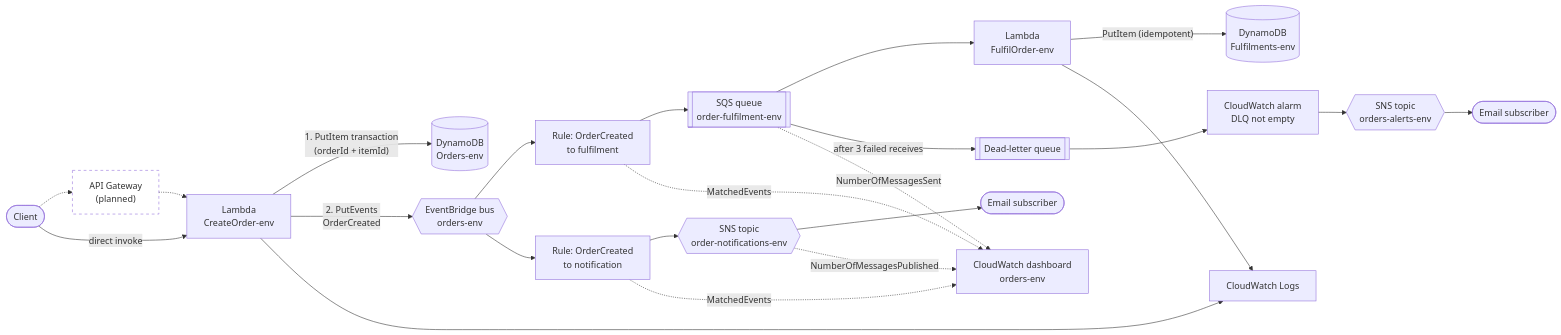
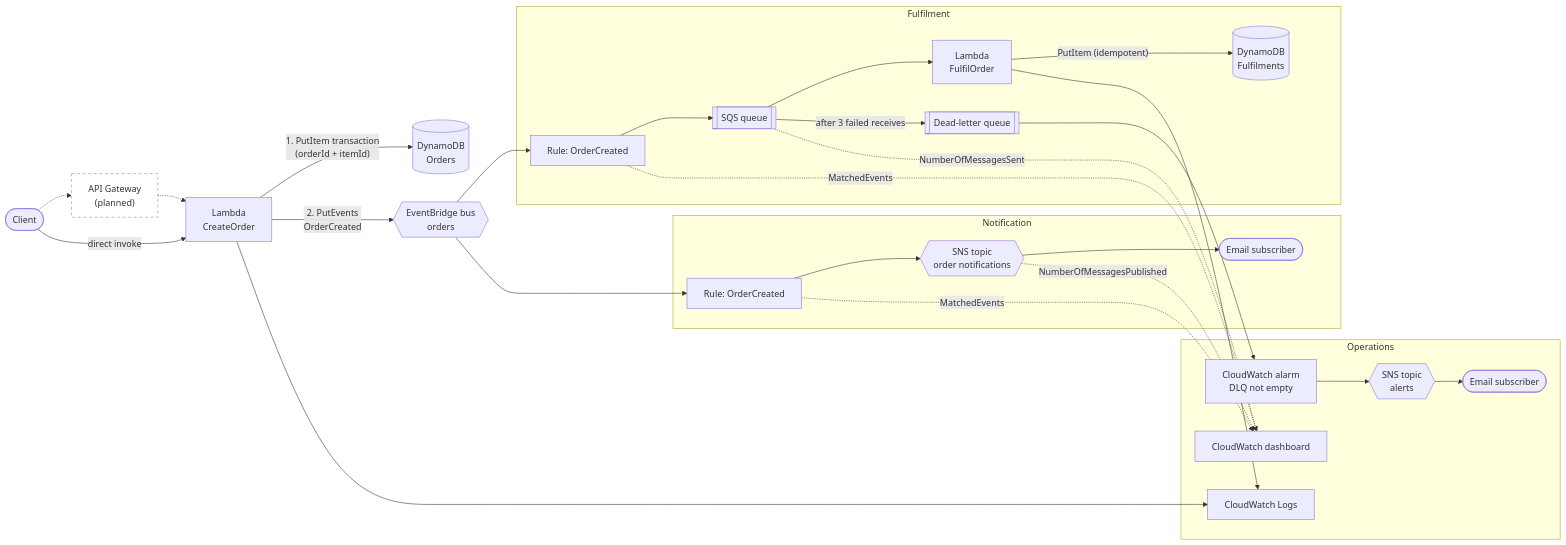
One commit to bdahiya2007/secure-event-driven-orders-aws changed the first of 2 diagrams in README.md. Above: the diagram before and after it, drawn with Mermaid. The commit also changed other lines of this file, not shown here.

````diff
--- a/README.md
+++ b/README.md
@@ -32,48 +21,54 @@
 ```mermaid
 flowchart LR
     client([Client])
     apigw["API Gateway<br/>(planned)"]
-    fn["Lambda<br/>CreateOrder-env"]
-    ddb[("DynamoDB<br/>Orders-env")]
-    bus{{"EventBridge bus<br/>orders-env"}}
+    fn["Lambda<br/>CreateOrder"]
+    ddb[("DynamoDB<br/>Orders")]
+    bus{{"EventBridge bus<br/>orders"}}
 
-    rule["Rule: OrderCreated<br/>to fulfilment"]
-    sqs[["SQS queue<br/>order-fulfilment-env"]]
-    dlq[["Dead-letter queue"]]
-    ful["Lambda<br/>FulfilOrder-env"]
-    fddb[("DynamoDB<br/>Fulfilments-env")]
+    subgraph fulfilment [Fulfilment]
+        rule["Rule: OrderCreated"]
+        sqs[["SQS queue"]]
+        dlq[["Dead-letter queue"]]
+        ful["Lambda<br/>FulfilOrder"]
+        fddb[("DynamoDB<br/>Fulfilments")]
+    end
 
-    nrule["Rule: OrderCreated<br/>to notification"]
-    sns{{"SNS topic<br/>order-notifications-env"}}
-    email(["Email subscriber"])
+    subgraph notification [Notification]
+        nrule["Rule: OrderCreated"]
+        sns{{"SNS topic<br/>order notifications"}}
+        email(["Email subscriber"])
+    end
 
-    alarm["CloudWatch alarm<br/>DLQ not empty"]
-    atopic{{"SNS topic<br/>orders-alerts-env"}}
-    aemail(["Email subscriber"])
-    cw["CloudWatch Logs"]
-    dash["CloudWatch dashboard<br/>orders-env"]
+    subgraph operations [Operations]
+        alarm["CloudWatch alarm<br/>DLQ not empty"]
+        atopic{{"SNS topic<br/>alerts"}}
+        aemail(["Email subscriber"])
+        cw["CloudWatch Logs"]
+        dash["CloudWatch dashboard"]
+    end
 
     client -.-> apigw -.-> fn
     client -- "direct invoke" --> fn
     fn -- "1. PutItem transaction<br/>(orderId + itemId)" --> ddb
     fn -- "2. PutEvents<br/>OrderCreated" --> bus
 
     bus --> rule --> sqs
     sqs --> ful
     sqs -- "after 3 failed receives" --> dlq
     ful -- "PutItem (idempotent)" --> fddb
 
     bus --> nrule --> sns --> email
 
     dlq --> alarm --> atopic --> aemail
 
     rule -. MatchedEvents .-> dash
     nrule -. MatchedEvents .-> dash
     sqs -. NumberOfMessagesSent .-> dash
     sns -. NumberOfMessagesPublished .-> dash
     fn --> cw
     ful --> cw
 
     classDef planned stroke-dasharray: 5 5,fill:none;
     class apigw planned;
 ```
````
